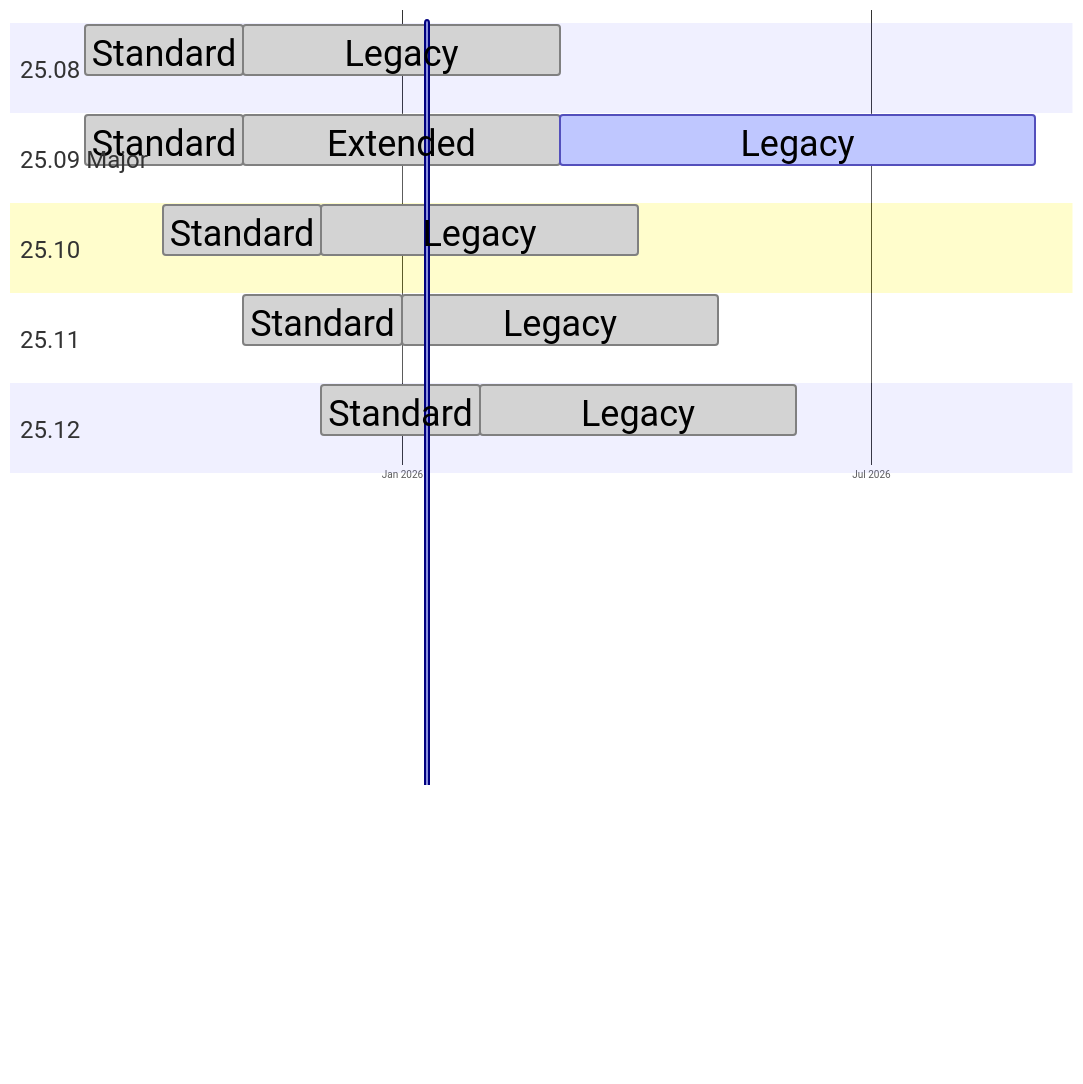
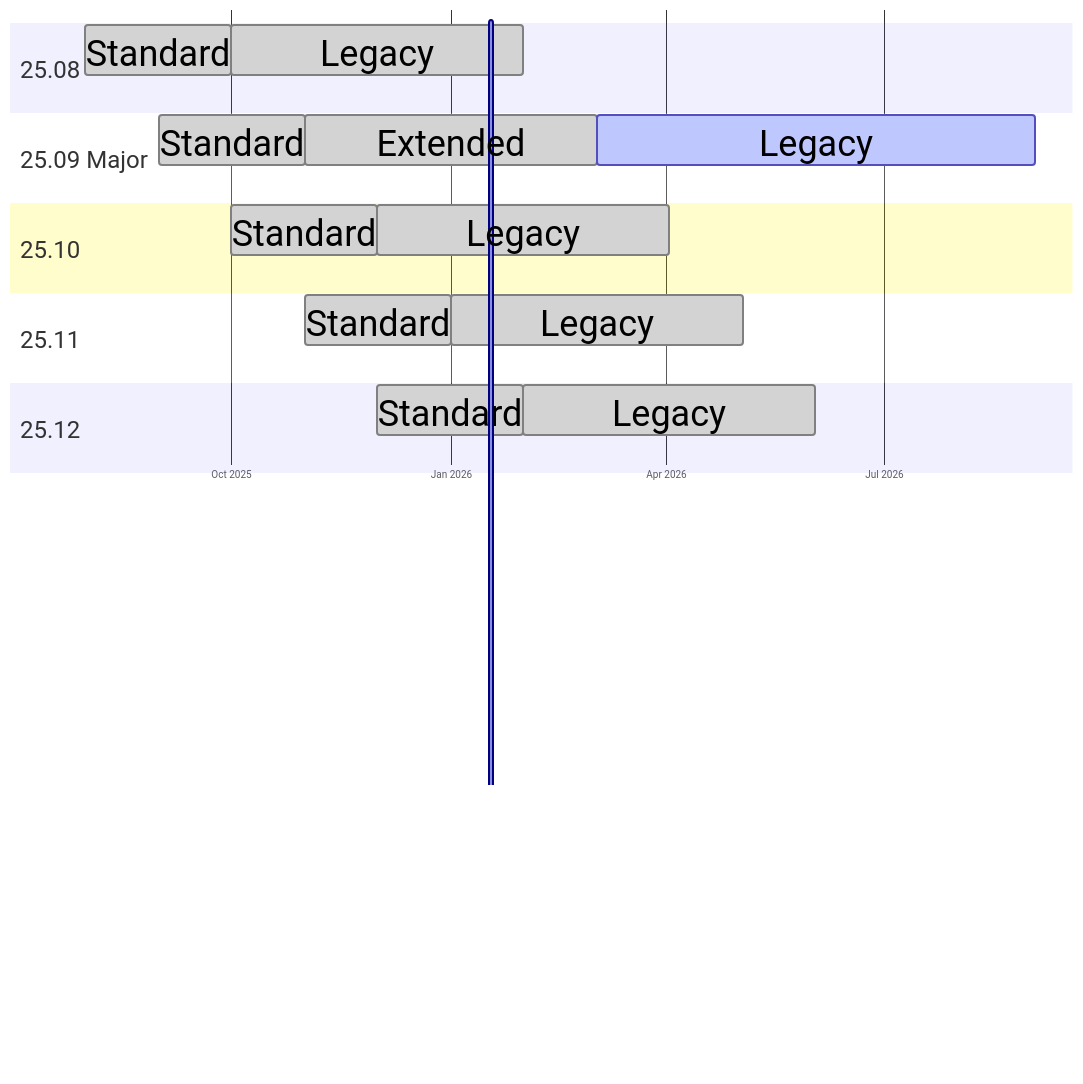
Before and after one commit to sequentech/step: the second of 4 diagrams in docs/docusaurus/docs/reference/product_lifecycle_and_release_cadence.md, drawn with Mermaid. The commit also changed other lines of this file, not shown here.

````diff
--- a/docs/docusaurus/docs/reference/product_lifecycle_and_release_cadence.md
+++ b/docs/docusaurus/docs/reference/product_lifecycle_and_release_cadence.md
@@ -138,77 +138,77 @@
 ```mermaid
 ---
 displayMode: compact
 config:
     logLevel: 'debug'
     theme: 'default'
     themeCSS: " \n
         .taskText { font-size: 16px; }
         rect[id^=smrs_] { fill: #0f054c; stroke-width: 4px; }
         text[id^=smrs_] { fill: white !important; font-size: 24px; }
         rect[id^=emrs_] { fill: #4a90e2; stroke-width: 4px; }
         text[id^=emrs_] { fill: #0f054c !important; font-size: 24px; }
         rect[id^=lmrs_] { fill: #2de8b9; stroke-width: 4px; }
         text[id^=lmrs_] { fill: #0f054c !important; font-size: 24px; }
         .sectionTitle { stroke: white; paint-order: stroke fill; fill: #0f054c; stroke-width: 8px; }
         g[class=tick] text { font-size: 24px; height: 50px; }
         .vertText {  transform: translate(-90px, -650px); font-size: 24px; fill: red !important; }
         .task.vert { stroke: red; fill: red !important; }
 
         /*** section backgrounds: ***/
 
         /* - under extended or legacy support only */
         .section0, .section1, .section2, .section3 { fill: #fff400; opacity: 0.2; stroke: none; }
         .section0:nth-last-child(-n + 2) { fill: transparent; }
 
         /* - under standard support */
         .section4 { fill: #6666ff7d; }
         #smrs_2512 { stroke: #0f054c; }
 
         /* out of support: */
         #smrs_2508, #smrs_2509, #smrs_2510, #smrs_2511 { stroke: red; fill: #0f054c; opacity: 0.2; }
         #smrs_2508-text, #smrs_2509-text, #smrs_2510-text, #smrs_2511-text { fill: #0f054c !important; }
 
         /* under legacy or extended support: */
         #lmrs_2508, #lmrs_2509, #emrs_2509, #lmrs_2510, #lmrs_2511, #lmrs_2512 { stroke: #0f054c; }
     "
 ---
 %%{init:
     {
         "gantt": {
             "sectionFontSize": 24,
             "fontSize": 36,
             "barGap": 40,
             "barHeight": 50,
             "topPadding": 40
         }
     }
 }%%
 gantt
     todayMarker off
     dateFormat YYYY-MM-DD
     axisFormat %b %Y
-    tickInterval 6month
+    tickInterval 3month
 
     section 25.08
-        Standard :done, smrs_2508, 2025-09-01, 61d
+        Standard :done, smrs_2508, 2025-08-01, 61d
         Legacy   :done, lmrs_2508, after smrs_2508, 122d
 
     section 25.09 Major
         Standard :done, smrs_2509, 2025-09-01, 61d
         Extended :done, emrs_2509, after smrs_2509, 122d
         Legacy   :active, lmrs_2509, after emrs_2509, 183d
 
     section 25.10
         Standard :done, smrs_2510, 2025-10-01, 61d
         Legacy   :done, lmrs_2510, after smrs_2510, 122d
 
     section 25.11
         Standard :done, smrs_2511, 2025-11-01, 61d
         Legacy   :done, lmrs_2511, after smrs_2511, 122d
 
     section 25.12
         Standard :done, smrs_2512, 2025-12-01, 61d
         Legacy   :done, lmrs_2512, after smrs_2512, 122d
 
-    Current Date : vert, current, 2026-01-10, 1d
+    Current Date : vert, current, 2026-01-17, 1d
 ```
````
